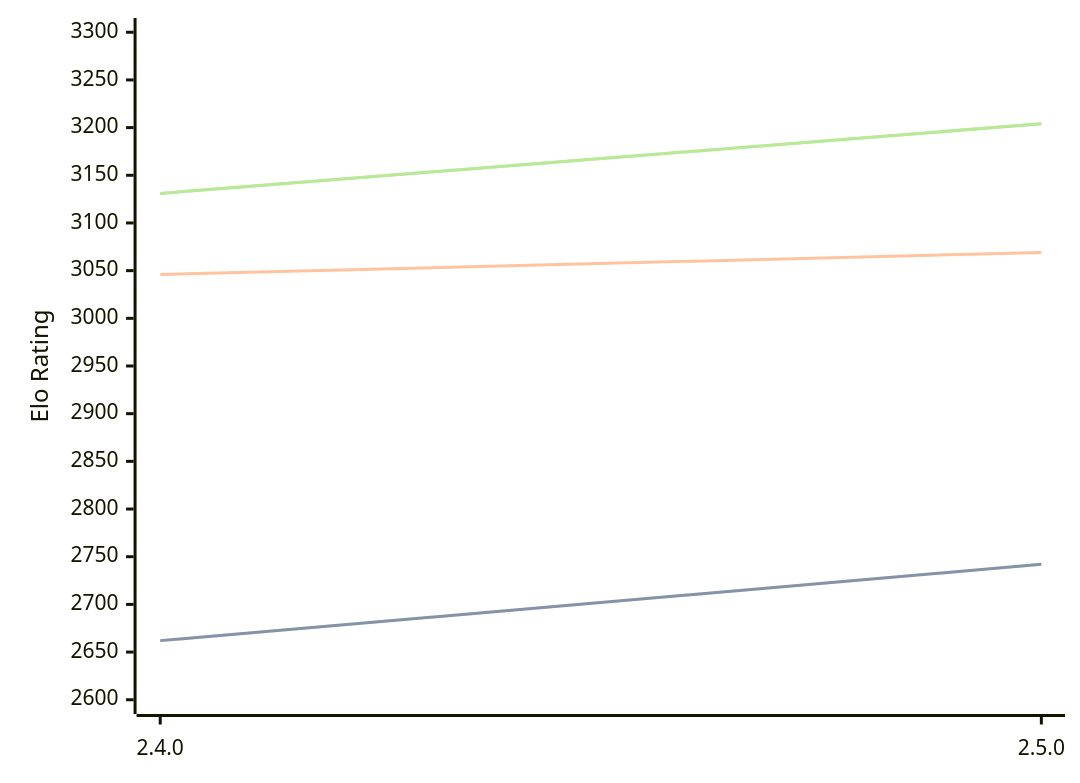
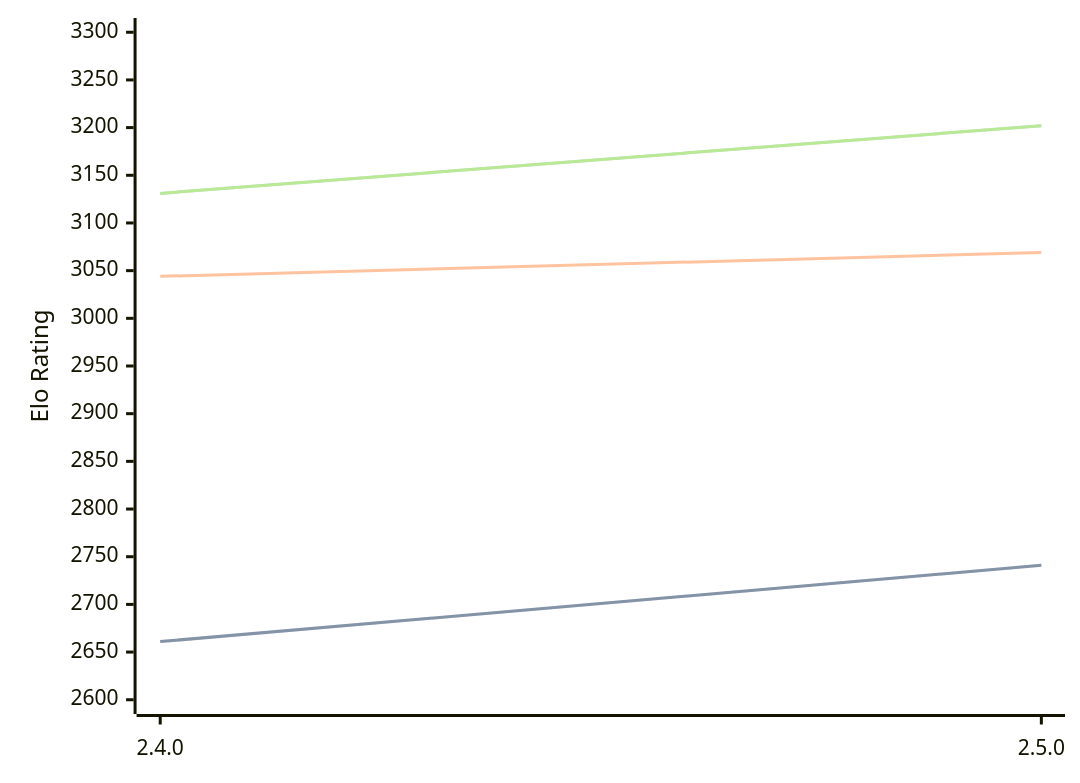
One commit to computer-chess-index/cci changed the diagram in engines/Sturddle2.md. Above: the diagram before and after it, drawn with Mermaid. The commit also changed other lines of this file, not shown here.

Commit message:
Update CCI Ratings (ELO VLTC) - 2026-04-21

````diff
--- a/engines/Sturddle2.md
+++ b/engines/Sturddle2.md
@@ -37,11 +37,11 @@
 ```mermaid
 %%{init: {"theme":"base","themeVariables":{"seriesColors:['#a3a3a3','#222221','#faa371']}}}%%
 xychart-beta
   x-axis ["2.4.0", "2.5.0"]
   y-axis "Elo Rating" 2600 --> 3300
-  line "STC (8.0+0.08s)" [2662, 2742]
-  line "STC (8.0+0.08s)" [2662, 2742]
-  line "LTC (60.0+0.60s)" [3046, 3069]
-  line "VLTC (2m24s+1.12s)" [3131, 3204]
-  line "VLTC (2m24s+1.12s)" [3131, 3204]
+  line "STC (8.0+0.08s)" [2661, 2741]
+  line "STC (8.0+0.08s)" [2661, 2741]
+  line "LTC (60.0+0.60s)" [3044, 3069]
+  line "VLTC (2m24s+1.12s)" [3131, 3202]
+  line "VLTC (2m24s+1.12s)" [3131, 3202]
 ```
````
